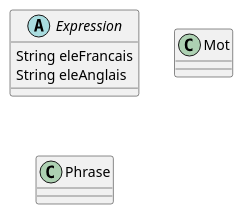
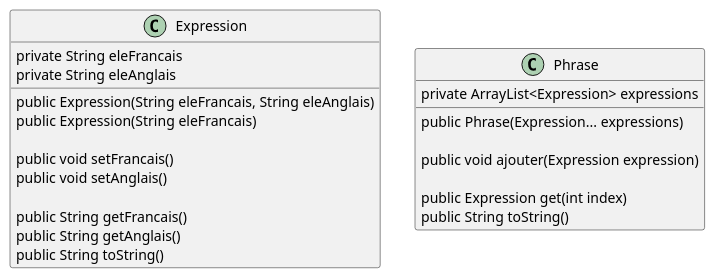
One commit to BapDiedler/dictionnaire changed the diagram in src/documentation/dicoDiagramme.puml. Above: the diagram before and after it, drawn with PlantUML. The commit also changed 2 other files, not shown here.

Commit message:
ajout de la classe phrase

```diff
--- a/src/documentation/dicoDiagramme.puml
+++ b/src/documentation/dicoDiagramme.puml
@@ -1,11 +1,29 @@
 @startuml
 'https://plantuml.com/class-diagram
 
-abstract class Expression{
-    String eleFrancais
-    String eleAnglais
+class Expression{
+    private String eleFrancais
+    private String eleAnglais
+
+    public Expression(String eleFrancais, String eleAnglais)
+    public Expression(String eleFrancais)
+
+    public void setFrancais()
+    public void setAnglais()
+
+    public String getFrancais()
+    public String getAnglais()
+    public String toString()
 }
-class Mot
-class Phrase
+class Phrase{
+    private ArrayList<Expression> expressions
+
+    public Phrase(Expression... expressions)
+
+    public void ajouter(Expression expression)
+
+    public Expression get(int index)
+    public String toString()
+}
 
 @enduml
```
